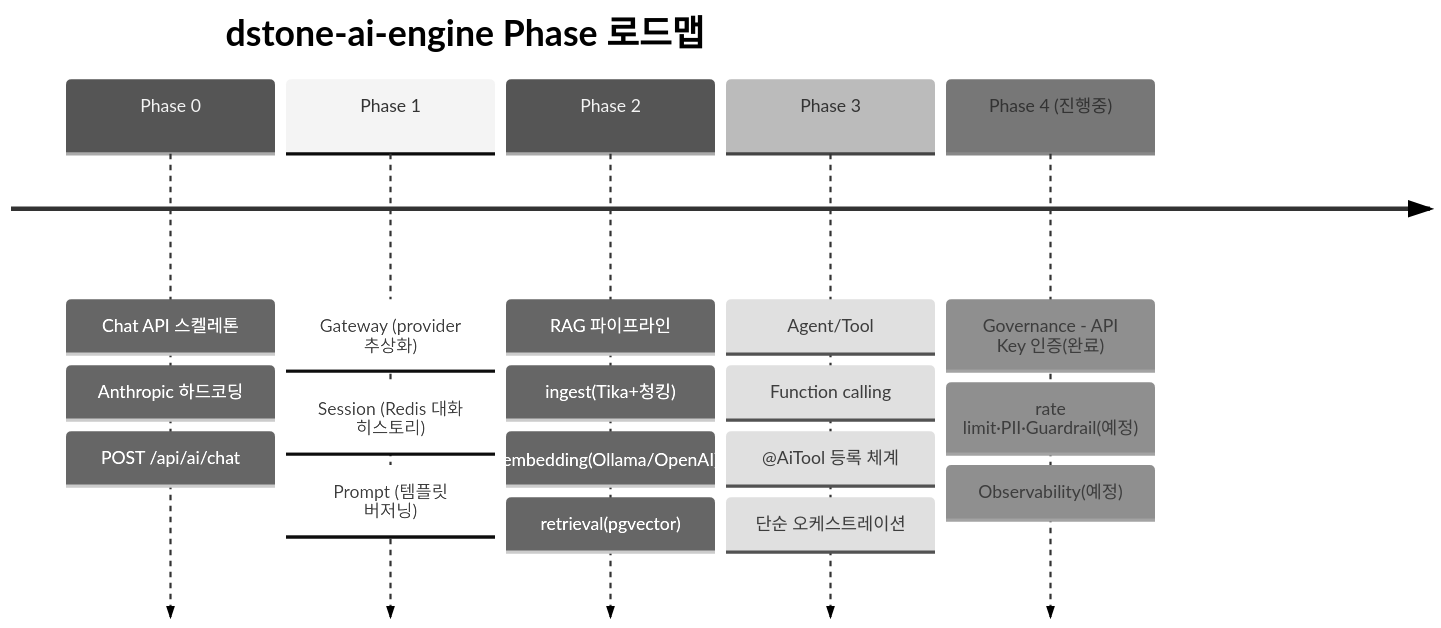
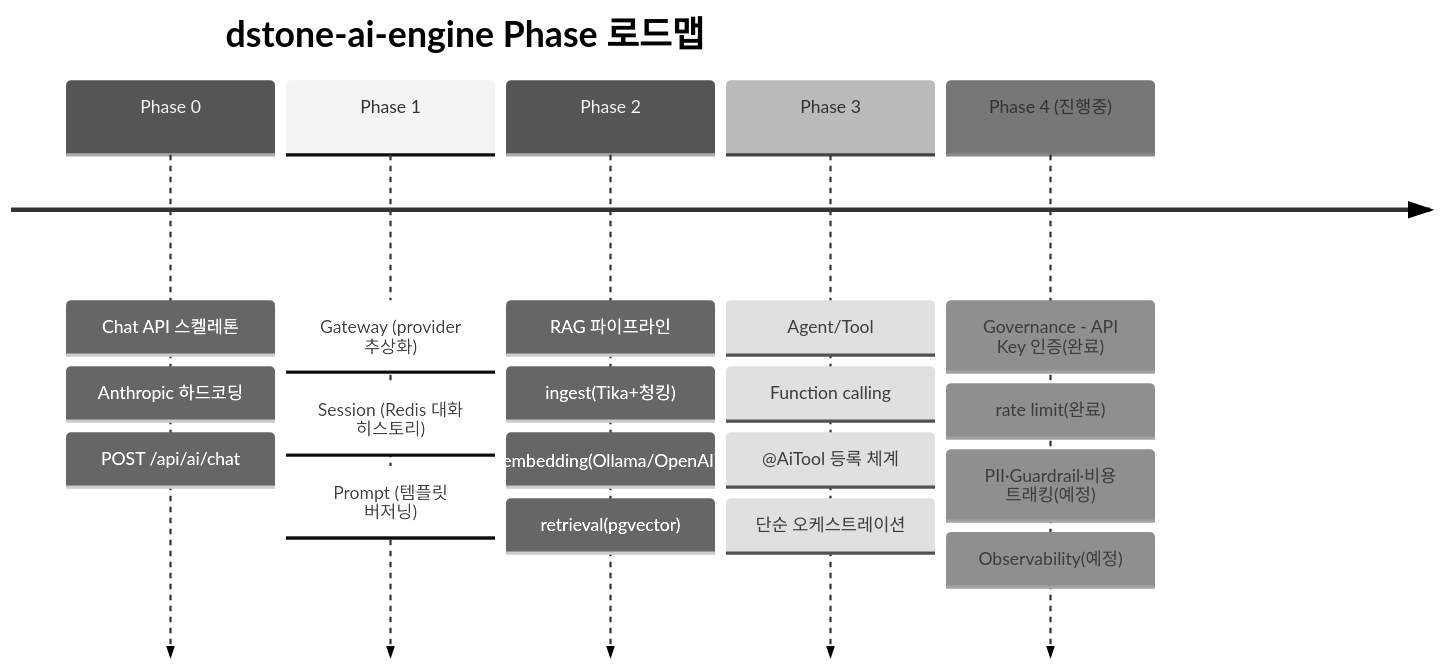
Before and after one commit to YongSoekChoeng/dstone: the first of 12 diagrams in docs/09.dstone-ai-engine.md, drawn with Mermaid (neutral theme). The commit also changed other lines of this file and 7 other files, not shown here.

````diff
--- a/docs/09.dstone-ai-engine.md
+++ b/docs/09.dstone-ai-engine.md
@@ -122,9 +128,9 @@
 ```mermaid
 timeline
     title dstone-ai-engine Phase 로드맵
     Phase 0 : Chat API 스켈레톤 : Anthropic 하드코딩 : POST /api/ai/chat
     Phase 1 : Gateway (provider 추상화) : Session (Redis 대화 히스토리) : Prompt (템플릿 버저닝)
     Phase 2 : RAG 파이프라인 : ingest(Tika+청킹) : embedding(Ollama/OpenAI) : retrieval(pgvector)
     Phase 3 : Agent/Tool : Function calling : @AiTool 등록 체계 : 단순 오케스트레이션
-    Phase 4 (진행중) : Governance - API Key 인증(완료) : rate limit·PII·Guardrail(예정) : Observability(예정)
+    Phase 4 (진행중) : Governance - API Key 인증(완료) : rate limit(완료) : PII·Guardrail·비용 트래킹(예정) : Observability(예정)
 ```
````
